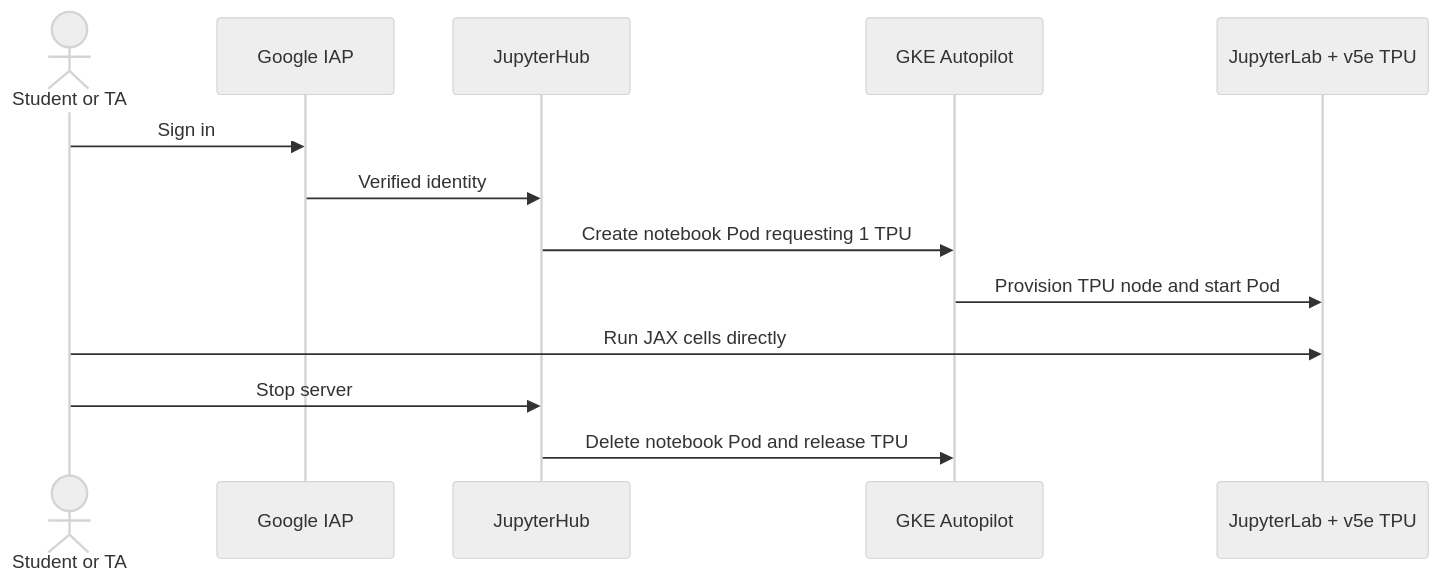
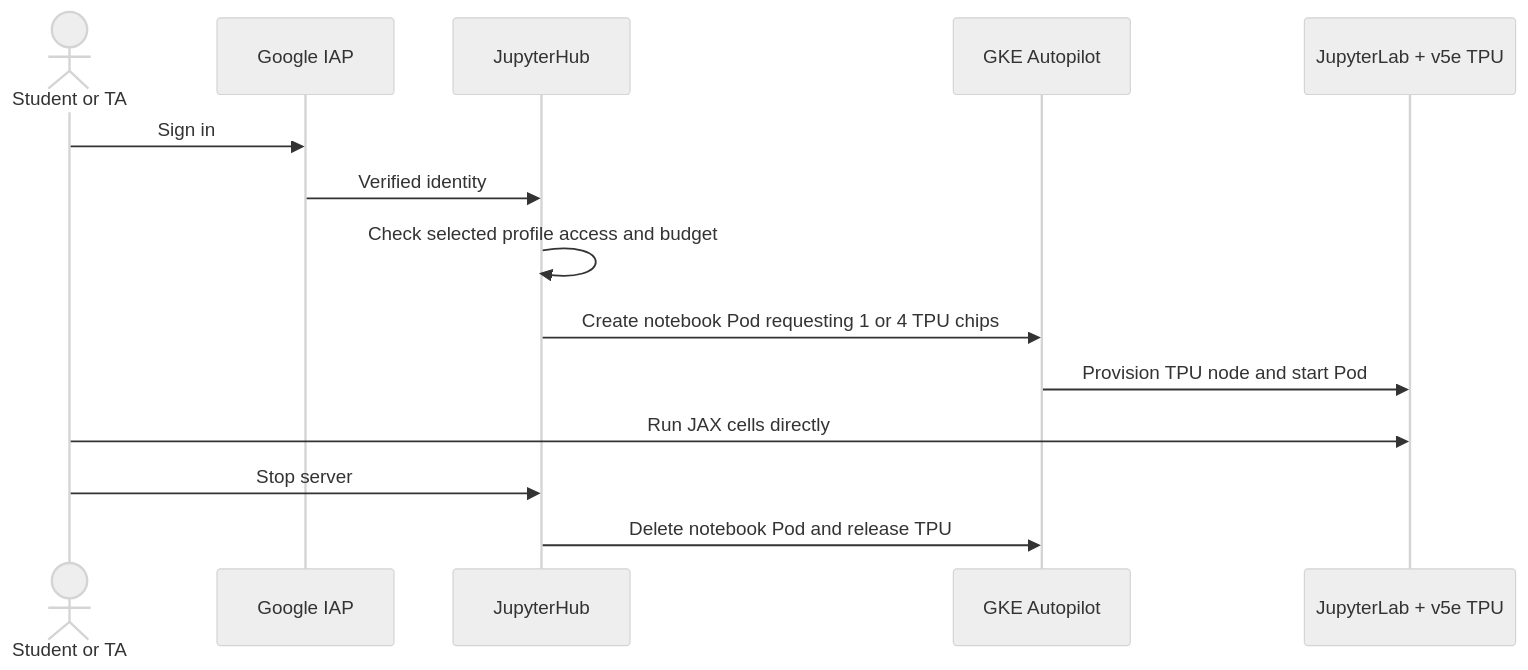
One commit to llmsystem/shared-tpu-notebooks changed the diagram in docs/architecture.md. Above: the diagram before and after it, drawn with Mermaid (neutral theme). The commit also changed other lines of this file and 18 other files, not shown here.

Commit message:
Add configurable TPU notebook profiles and access controls

````diff
--- a/docs/architecture.md
+++ b/docs/architecture.md
@@ -5,15 +5,16 @@
 ```mermaid
 sequenceDiagram
     actor User as Student or TA
     participant IAP as Google IAP
     participant Hub as JupyterHub
     participant GKE as GKE Autopilot
     participant Pod as JupyterLab + v5e TPU
     User->>IAP: Sign in
     IAP->>Hub: Verified identity
-    Hub->>GKE: Create notebook Pod requesting 1 TPU
+    Hub->>Hub: Check selected profile access and budget
+    Hub->>GKE: Create notebook Pod requesting 1 or 4 TPU chips
     GKE->>Pod: Provision TPU node and start Pod
     User->>Pod: Run JAX cells directly
     User->>Hub: Stop server
     Hub->>GKE: Delete notebook Pod and release TPU
 ```
````
